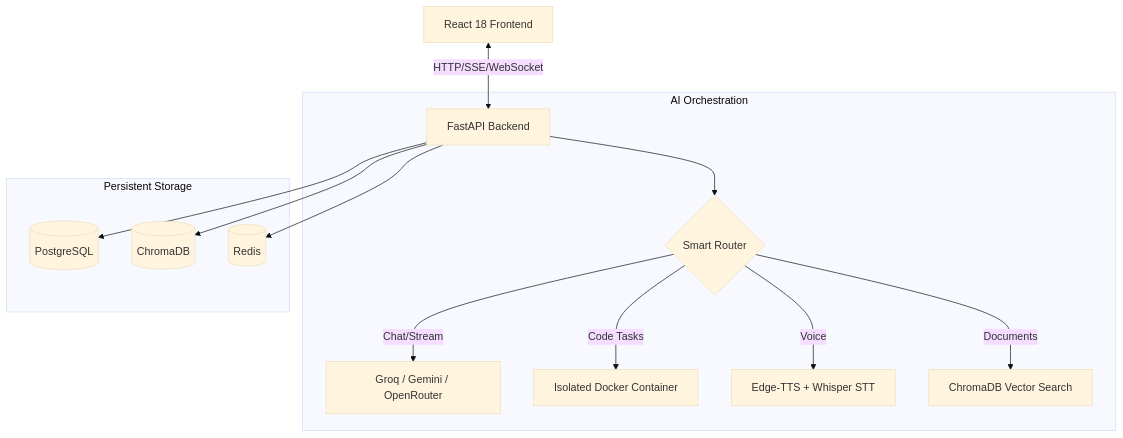
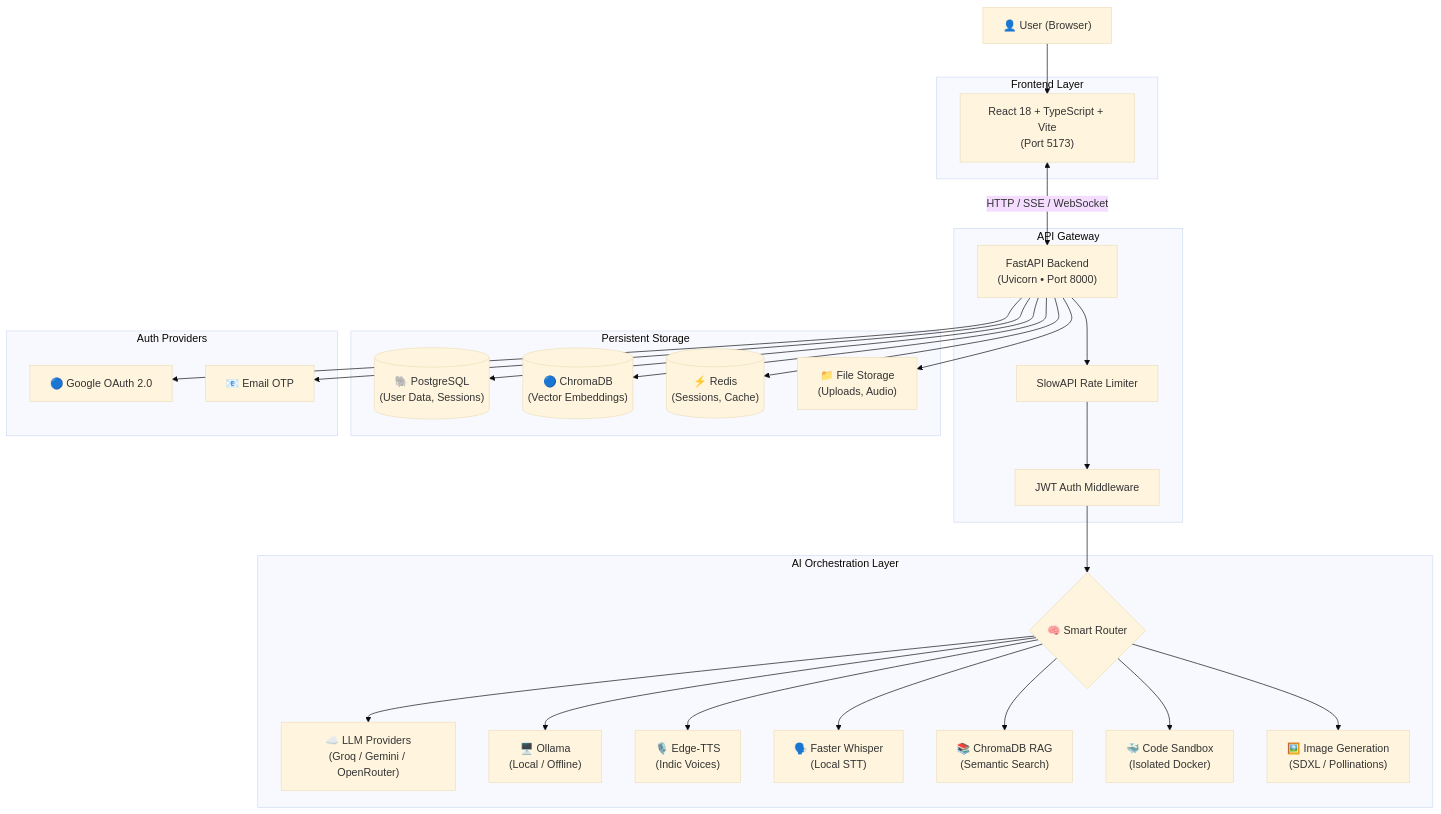
Before and after one commit to gugulothubhavith/Self-Hosted-Generative-AI-Chatbot: the diagram in README.md, drawn with Mermaid (base theme). The commit also changed other lines of this file, not shown here.

````diff
--- a/README.md
+++ b/README.md
@@ -109,18 +179,55 @@
 ```mermaid
 graph TD
-    Client[React 18 Frontend] <-->|HTTP/SSE/WebSocket| API[FastAPI Backend]
+    User["👤 User (Browser)"]
 
-    subgraph "AI Orchestration"
-        API --> Router{Smart Router}
-        Router -->|Chat/Stream| LLM[Groq / Gemini / OpenRouter]
-        Router -->|Code Tasks| Sandbox[Isolated Docker Container]
-        Router -->|Voice| TTS[Edge-TTS + Whisper STT]
-        Router -->|Documents| RAG[ChromaDB Vector Search]
+    subgraph "Frontend Layer"
+        UI["React 18 + TypeScript + Vite\n(Port 5173)"]
+    end
+
+    subgraph "API Gateway"
+        API["FastAPI Backend\n(Uvicorn • Port 8000)"]
+        RL["SlowAPI Rate Limiter"]
+        JWT["JWT Auth Middleware"]
+    end
+
+    subgraph "AI Orchestration Layer"
+        Router{"🧠 Smart Router"}
+        LLM["☁️ LLM Providers\n(Groq / Gemini / OpenRouter)"]
+        Ollama["🖥️ Ollama\n(Local / Offline)"]
+        TTS["🎙️ Edge-TTS\n(Indic Voices)"]
+        STT["🗣️ Faster Whisper\n(Local STT)"]
+        RAG["📚 ChromaDB RAG\n(Semantic Search)"]
+        Sandbox["🐳 Code Sandbox\n(Isolated Docker)"]
+        ImgGen["🖼️ Image Generation\n(SDXL / Pollinations)"]
     end
 
     subgraph "Persistent Storage"
-        API --> DB[(PostgreSQL)]
-        API --> Vector[(ChromaDB)]
-        API --> Cache[(Redis)]
+        PG[("🐘 PostgreSQL\n(User Data, Sessions)")]
+        VDB[("🔵 ChromaDB\n(Vector Embeddings)")]
+        Cache[("⚡ Redis\n(Sessions, Cache)")]
+        Files["📁 File Storage\n(Uploads, Audio)"]
     end
+
+    subgraph "Auth Providers"
+        Google["🔵 Google OAuth 2.0"]
+        OTP["📧 Email OTP"]
+    end
+
+    User --> UI
+    UI <-->|"HTTP / SSE / WebSocket"| API
+    API --> RL --> JWT
+    JWT --> Router
+    Router --> LLM
+    Router --> Ollama
+    Router --> TTS
+    Router --> STT
+    Router --> RAG
+    Router --> Sandbox
+    Router --> ImgGen
+    API --> PG
+    API --> VDB
+    API --> Cache
+    API --> Files
+    API --> Google
+    API --> OTP
 ```
````
